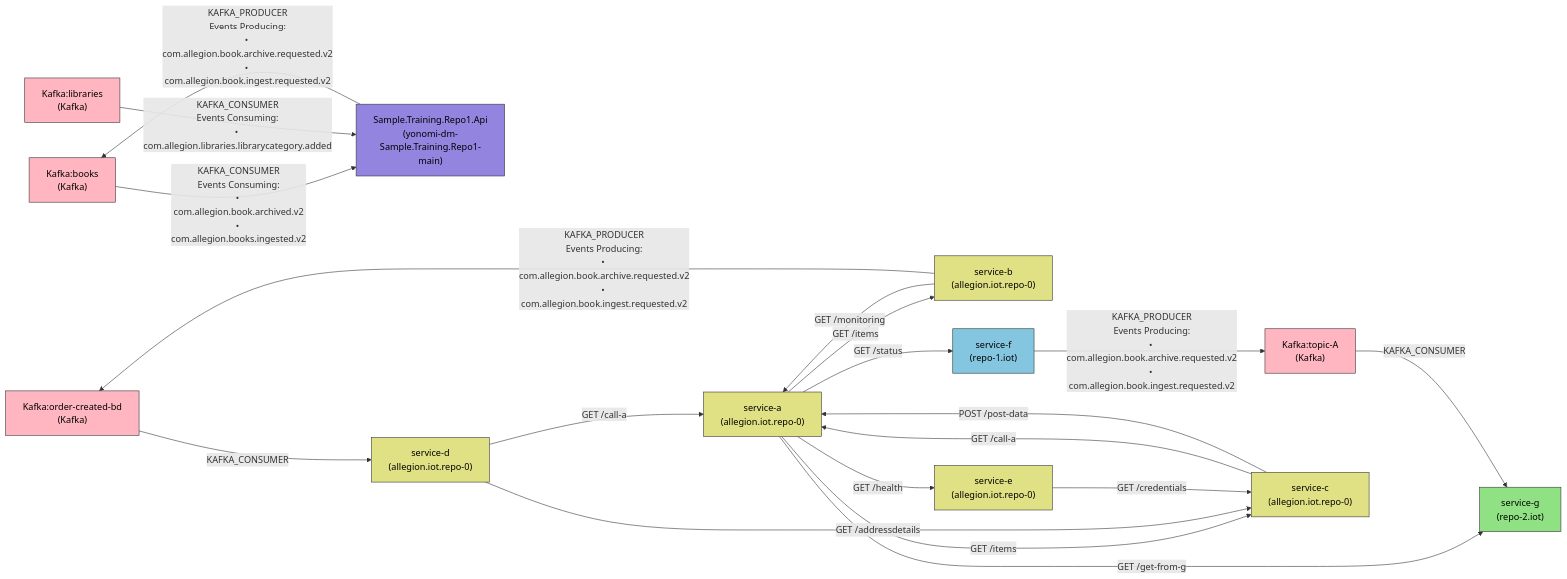
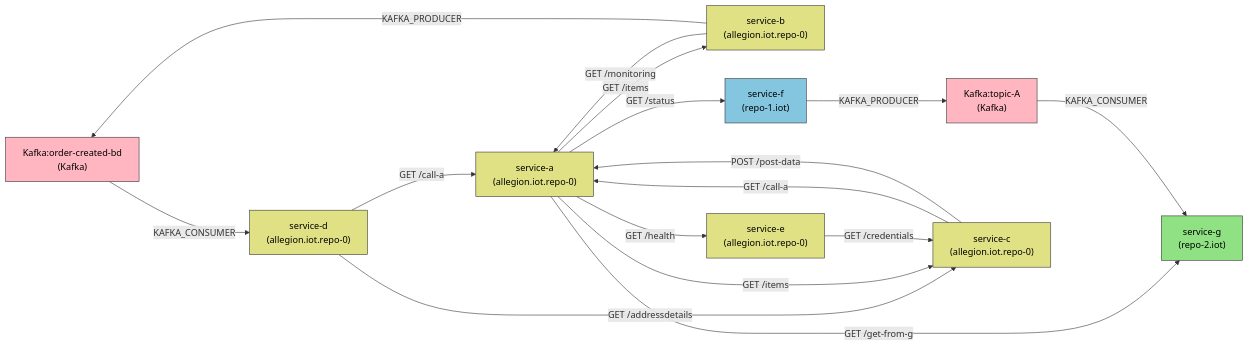
One commit to lokesh0507/First_project changed the diagram in output/deps.md. Above: the diagram before and after it, drawn with Mermaid. The commit also changed 1 other file, not shown here.

Commit message:
Auto-update dependency graph [skip ci]

````diff
--- a/output/deps.md
+++ b/output/deps.md
@@ -1,58 +1,47 @@
 ```mermaid
 graph LR
 classDef Kafka fill:#FFB6C1,stroke:#333,color:#000
 classDef allegion_iot_repo_0 fill:#E0E084,stroke:#333,color:#000
 classDef repo_1_iot fill:#84C5E0,stroke:#333,color:#000
 classDef repo_2_iot fill:#90E084,stroke:#333,color:#000
-classDef yonomi_dm_Sample_Training_Repo1_main fill:#9384E0,stroke:#333,color:#000
 
-  Kafka_books["Kafka:books
-(Kafka)"]
-  Kafka_libraries["Kafka:libraries
-(Kafka)"]
   Kafka_order_created_bd["Kafka:order-created-bd
 (Kafka)"]
   Kafka_topic_A["Kafka:topic-A
 (Kafka)"]
-  Sample_Training_Repo1_Api["Sample.Training.Repo1.Api
-(yonomi-dm-Sample.Training.Repo1-main)"]
   service_a["service-a
 (allegion.iot.repo-0)"]
   service_b["service-b
 (allegion.iot.repo-0)"]
   service_c["service-c
 (allegion.iot.repo-0)"]
   service_d["service-d
 (allegion.iot.repo-0)"]
   service_e["service-e
 (allegion.iot.repo-0)"]
   service_f["service-f
 (repo-1.iot)"]
   service_g["service-g
 (repo-2.iot)"]
 
+  service_c -->|GET /call-a| service_a
+  service_c -->|POST /post-data| service_a
+  service_d -->|GET /call-a| service_a
+  service_d -->|GET /addressdetails| service_c
   service_a -->|GET /items| service_b
   service_a -->|GET /items| service_c
   service_a -->|GET /health| service_e
   service_a -->|GET /get-from-g| service_g
   service_a -->|GET /status| service_f
+  service_e -->|GET /credentials| service_c
   service_b -->|GET /monitoring| service_a
-  service_c -->|GET /call-a| service_a
-  service_c -->|POST /post-data| service_a
-  service_d -->|GET /call-a| service_a
-  service_d -->|GET /addressdetails| service_c
-  service_e -->|GET /credentials| service_c
-  service_b -->|"KAFKA_PRODUCER<br/>Events Producing:<br/>• com.allegion.book.archive.requested.v2<br/>• com.allegion.book.ingest.requested.v2"| Kafka_order_created_bd
   Kafka_order_created_bd -->|"KAFKA_CONSUMER"| service_d
-  service_f -->|"KAFKA_PRODUCER<br/>Events Producing:<br/>• com.allegion.book.archive.requested.v2<br/>• com.allegion.book.ingest.requested.v2"| Kafka_topic_A
+  service_b -->|"KAFKA_PRODUCER"| Kafka_order_created_bd
   Kafka_topic_A -->|"KAFKA_CONSUMER"| service_g
-  Kafka_books -->|"KAFKA_CONSUMER<br/>Events Consuming:<br/>• com.allegion.book.archived.v2<br/>• com.allegion.books.ingested.v2"| Sample_Training_Repo1_Api
-  Kafka_libraries -->|"KAFKA_CONSUMER<br/>Events Consuming:<br/>• com.allegion.libraries.librarycategory.added"| Sample_Training_Repo1_Api
-  Sample_Training_Repo1_Api -->|"KAFKA_PRODUCER<br/>Events Producing:<br/>• com.allegion.book.archive.requested.v2<br/>• com.allegion.book.ingest.requested.v2"| Kafka_books
+  service_f -->|"KAFKA_PRODUCER"| Kafka_topic_A
 
-class Kafka_books,Kafka_libraries,Kafka_order_created_bd,Kafka_topic_A Kafka
+class Kafka_order_created_bd,Kafka_topic_A Kafka
 class service_a,service_b,service_c,service_d,service_e allegion_iot_repo_0
 class service_f repo_1_iot
 class service_g repo_2_iot
-class Sample_Training_Repo1_Api yonomi_dm_Sample_Training_Repo1_main
 ```
````
